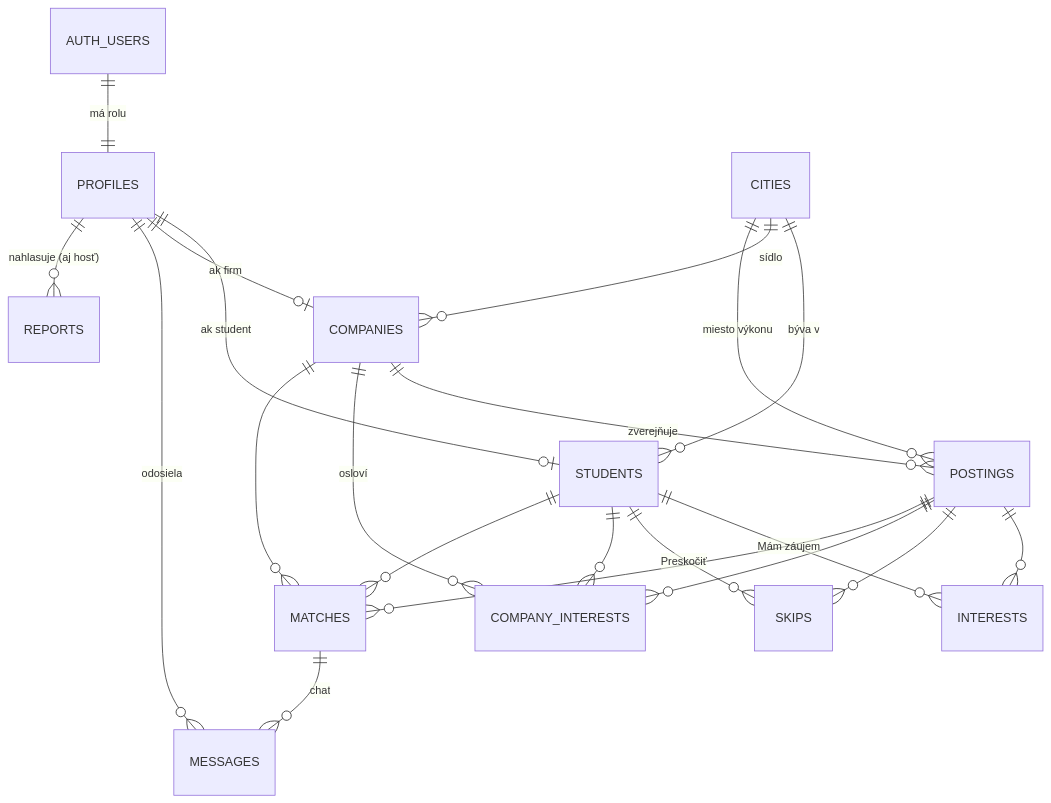
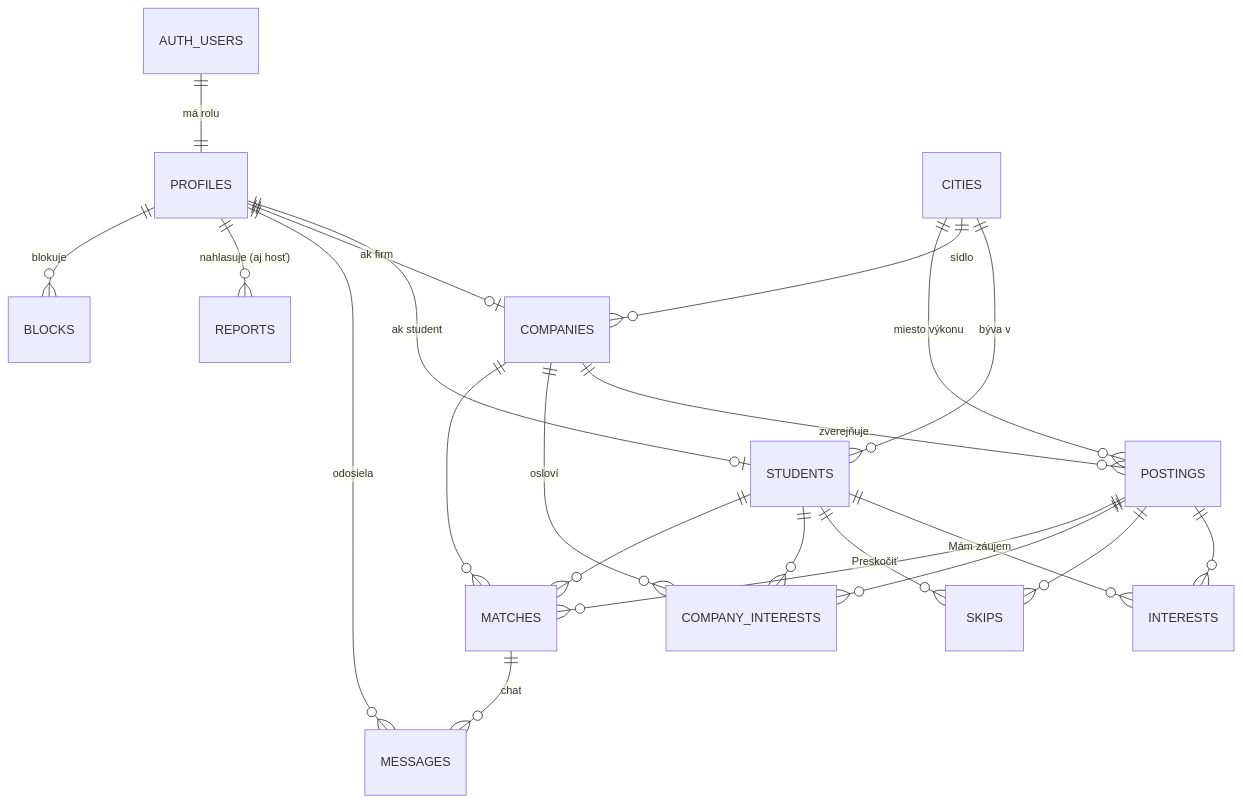
The diagram in docs/Databáza/Dátový model.md (robiqsk-sketch/lenka-skusa), drawn with Mermaid before and after one commit. The commit also changed other lines of this file and 12 other files, not shown here.

````diff
--- a/docs/Databáza/Dátový model.md
+++ b/docs/Databáza/Dátový model.md
@@ -13,23 +13,24 @@
 ```mermaid
 erDiagram
   AUTH_USERS ||--|| PROFILES : "má rolu"
   PROFILES ||--o| STUDENTS : "ak student"
   PROFILES ||--o| COMPANIES : "ak firm"
   CITIES ||--o{ STUDENTS : "býva v"
   CITIES ||--o{ COMPANIES : "sídlo"
   CITIES ||--o{ POSTINGS : "miesto výkonu"
   COMPANIES ||--o{ POSTINGS : zverejňuje
   STUDENTS ||--o{ INTERESTS : "Mám záujem"
   POSTINGS ||--o{ INTERESTS : ""
   STUDENTS ||--o{ SKIPS : "Preskočiť"
   POSTINGS ||--o{ SKIPS : ""
   COMPANIES ||--o{ COMPANY_INTERESTS : "osloví"
   STUDENTS ||--o{ COMPANY_INTERESTS : ""
   POSTINGS ||--o{ COMPANY_INTERESTS : ""
   POSTINGS ||--o{ MATCHES : ""
   STUDENTS ||--o{ MATCHES : ""
   COMPANIES ||--o{ MATCHES : ""
   MATCHES ||--o{ MESSAGES : chat
   PROFILES ||--o{ MESSAGES : odosiela
   PROFILES ||--o{ REPORTS : "nahlasuje (aj hosť)"
+  PROFILES ||--o{ BLOCKS : blokuje
 ```
````
